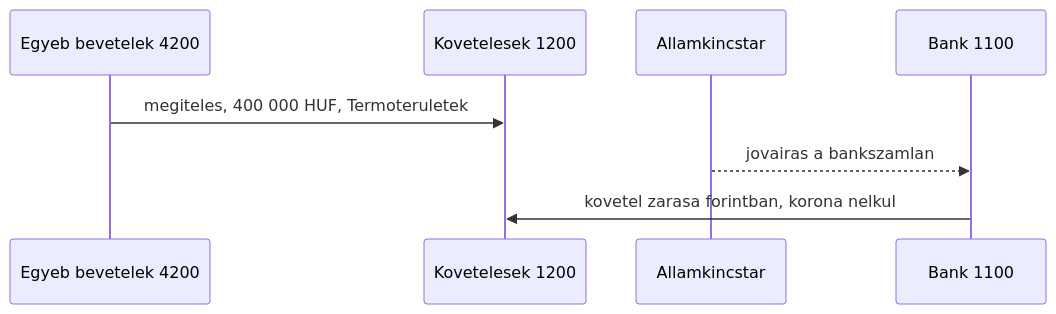
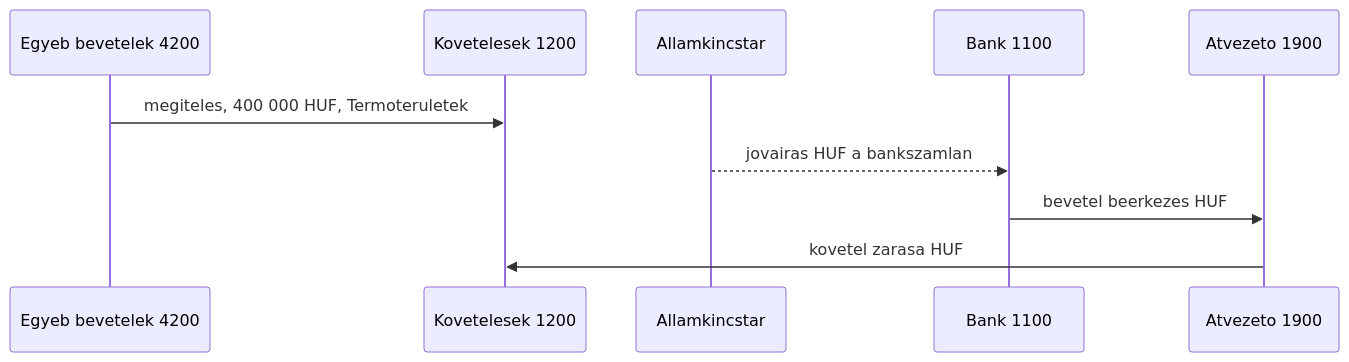
Before and after one commit to pitiboy/curr: diagram 11 of 17 in docs/transaction-workflow.md, drawn with Mermaid. The commit also changed other lines of this file, not shown here.

````diff
--- a/docs/transaction-workflow.md
+++ b/docs/transaction-workflow.md
@@ -494,11 +513,13 @@
 ```mermaid
 sequenceDiagram
   participant Bevetel as Egyeb bevetelek 4200
   participant Kovetel as Kovetelesek 1200
   participant Kincstar as Allamkincstar
   participant Bank as Bank 1100
+  participant Atv as Atvezeto 1900
 
   Bevetel->>Kovetel: megiteles, 400 000 HUF, Termoteruletek
-  Kincstar-->>Bank: jovairas a bankszamlan
-  Bank->>Kovetel: kovetel zarasa forintban, korona nelkul
+  Kincstar-->>Bank: jovairas HUF a bankszamlan
+  Bank->>Atv: bevetel beerkezes HUF
+  Atv->>Kovetel: kovetel zarasa HUF
 ```
````
